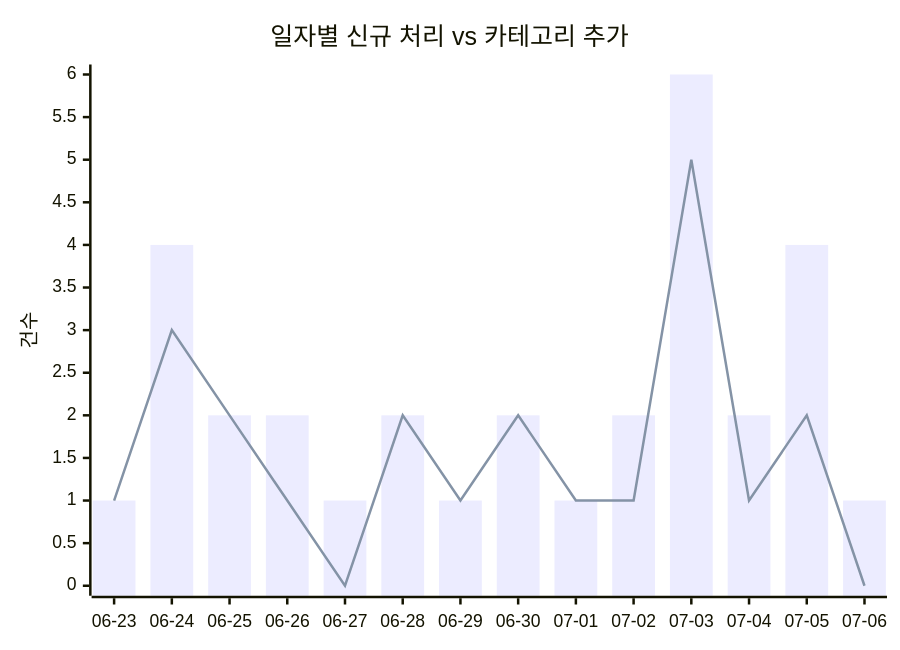
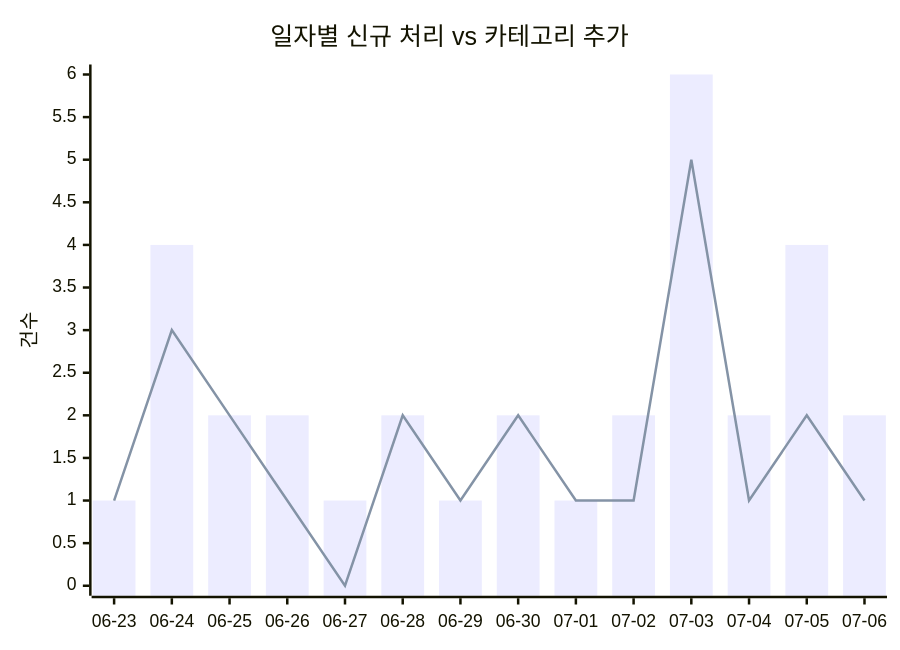
One commit to J-nowcow/awesome-korean-agent-skills changed the first of 2 diagrams in docs/trends.md. Above: the diagram before and after it, drawn with Mermaid. The commit also changed other lines of this file and 3 other files, not shown here.

````diff
--- a/docs/trends.md
+++ b/docs/trends.md
@@ -32,8 +32,8 @@
 ```mermaid
 xychart-beta
     title "일자별 신규 처리 vs 카테고리 추가"
     x-axis ["06-23","06-24","06-25","06-26","06-27","06-28","06-29","06-30","07-01","07-02","07-03","07-04","07-05","07-06"]
     y-axis "건수"
-    bar [1,4,2,2,1,2,1,2,1,2,6,2,4,1]
-    line [1,3,2,1,0,2,1,2,1,1,5,1,2,0]
+    bar [1,4,2,2,1,2,1,2,1,2,6,2,4,2]
+    line [1,3,2,1,0,2,1,2,1,1,5,1,2,1]
 ```
````
